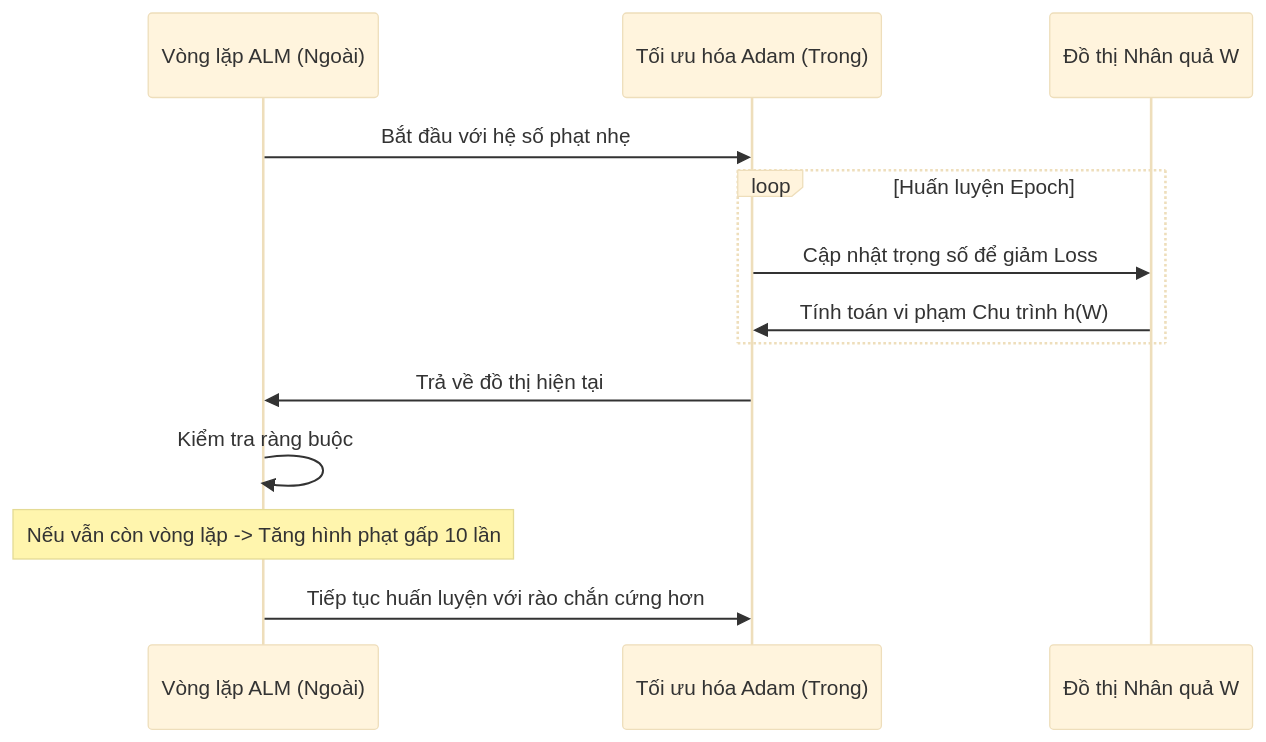
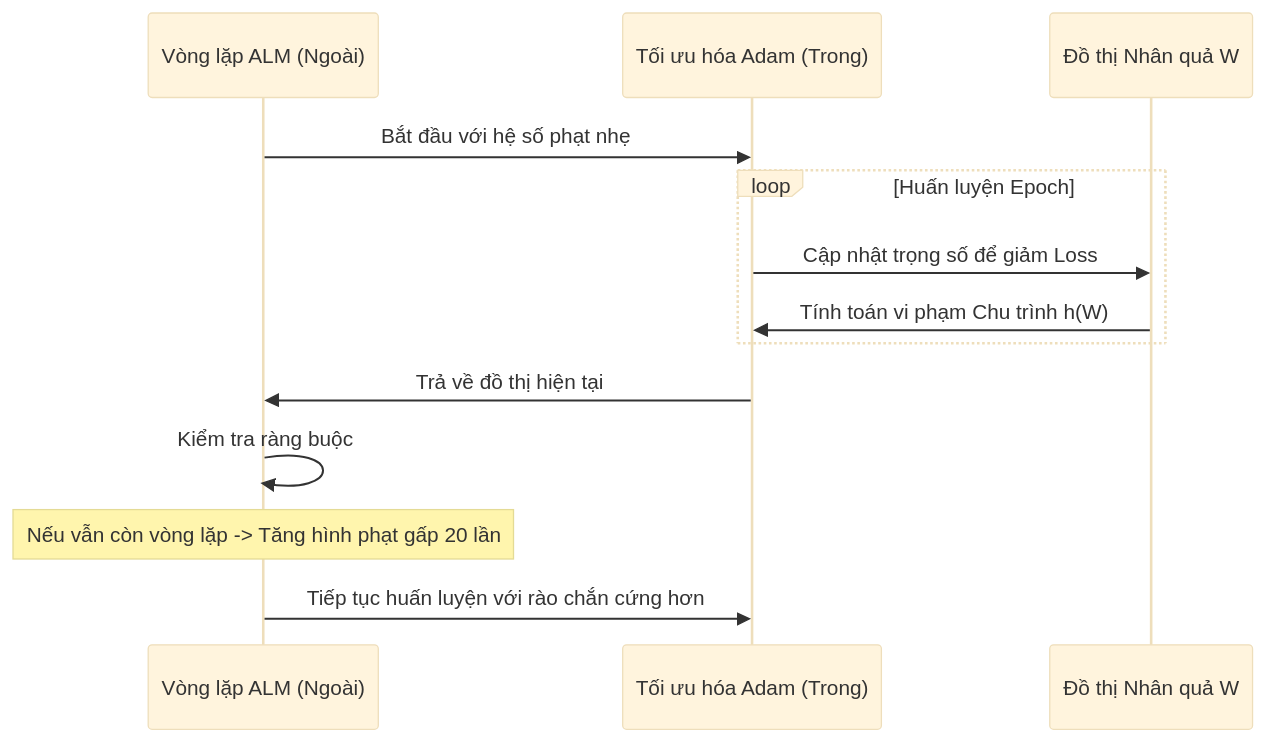
Before and after one commit to manhthai1706/DeepANM: the fourth of 5 diagrams in docx/Chuong2_MoHinhDeepANM.md, drawn with Mermaid (base theme). The commit also changed 21 other files, not shown here.

````diff
--- a/docx/Chuong2_MoHinhDeepANM.md
+++ b/docx/Chuong2_MoHinhDeepANM.md
@@ -162,16 +162,16 @@
 ```mermaid
 sequenceDiagram
     participant ALM as Vòng lặp ALM (Ngoài)
     participant Adam as Tối ưu hóa Adam (Trong)
     participant Graph as Đồ thị Nhân quả W
 
     ALM->>Adam: Bắt đầu với hệ số phạt nhẹ
     loop Huấn luyện Epoch
         Adam->>Graph: Cập nhật trọng số để giảm Loss
         Graph->>Adam: Tính toán vi phạm Chu trình h(W)
     end
     Adam->>ALM: Trả về đồ thị hiện tại
     ALM->>ALM: Kiểm tra ràng buộc
-    Note over ALM: Nếu vẫn còn vòng lặp -> Tăng hình phạt gấp 10 lần
+    Note over ALM: Nếu vẫn còn vòng lặp -> Tăng hình phạt gấp 20 lần
     ALM->>Adam: Tiếp tục huấn luyện với rào chắn cứng hơn
 ```
````
